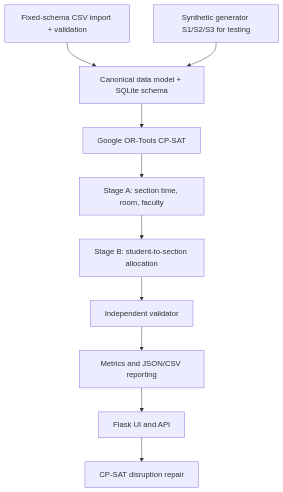
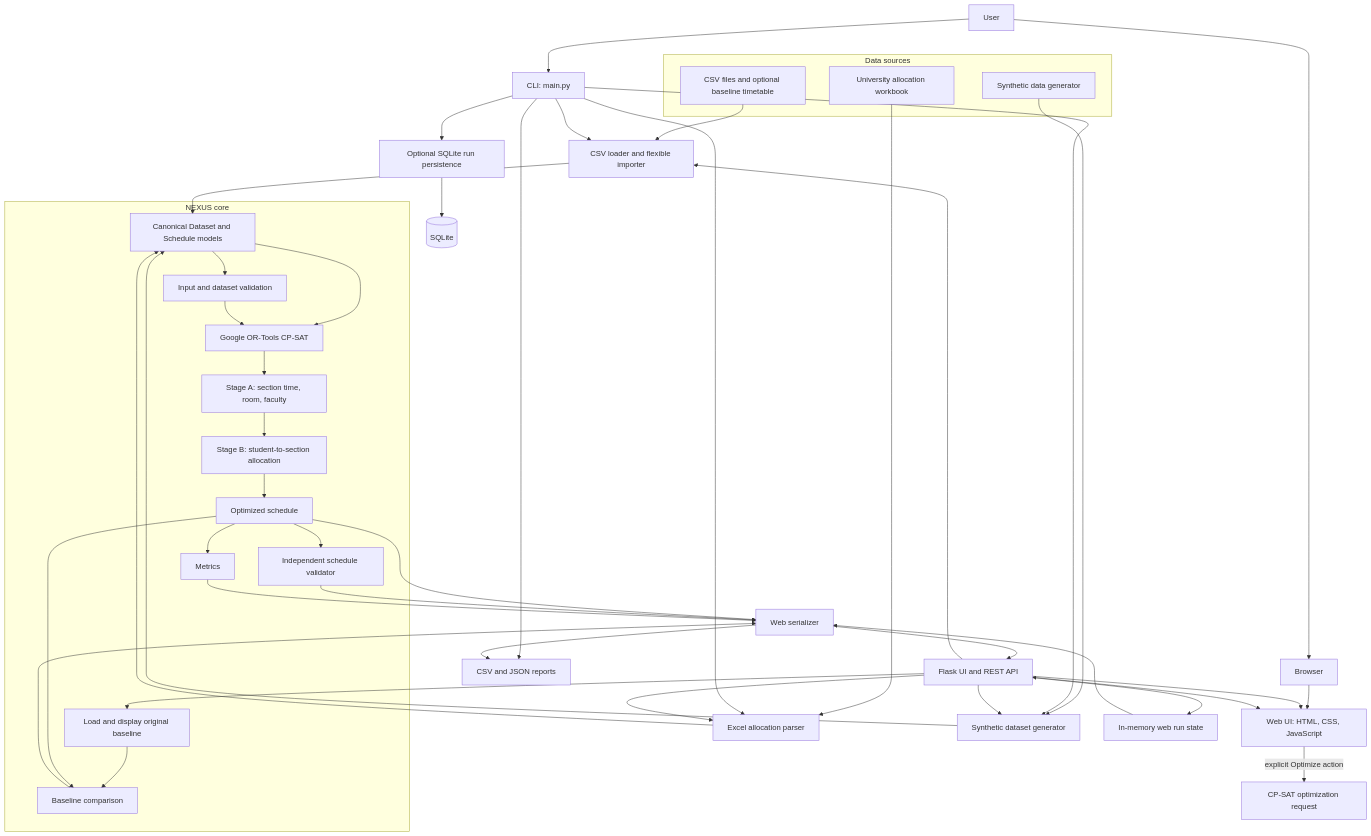
The first of 2 diagrams in docs/architecture.md (MaryamManzoor31/NEXUS), drawn with Mermaid before and after one commit. The commit also changed other lines of this file and 76 other files, not shown here.

First line of the commit message:
Add baseline-first CP-SAT timetable workflow

````diff
--- a/docs/architecture.md
+++ b/docs/architecture.md
@@ -2,12 +2,55 @@
 ```mermaid
 flowchart TD
-    A[Fixed-schema CSV import + validation] --> B[Canonical data model + SQLite schema]
-    G[Synthetic generator S1/S2/S3 for testing] --> B
-    B --> E[Google OR-Tools CP-SAT]
-    E --> EA[Stage A: section time, room, faculty]
-    EA --> EB[Stage B: student-to-section allocation]
-    EB --> F[Independent validator]
-    F --> M[Metrics and JSON/CSV reporting]
-    M --> H[Flask UI and API]
-    H --> J[CP-SAT disruption repair]
+    User[User] --> CLI[CLI: main.py]
+    User --> Browser[Browser]
+    Browser --> UI[Web UI: HTML, CSS, JavaScript]
+    UI <--> API[Flask UI and REST API]
+    API --> Original[Load and display original baseline]
+    UI -->|explicit Optimize action| Optimize[CP-SAT optimization request]
+
+    subgraph Inputs[Data sources]
+        CSV[CSV files and optional baseline timetable]
+        Excel[University allocation workbook]
+        Synthetic[Synthetic data generator]
+    end
+
+    CSV --> Import[CSV loader and flexible importer]
+    Excel --> Parser[Excel allocation parser]
+    Synthetic --> Generator[Synthetic dataset generator]
+    CLI --> Import
+    CLI --> Parser
+    CLI --> Generator
+    API --> Import
+    API --> Parser
+    API --> Generator
+    Import --> Model[Canonical Dataset and Schedule models]
+    Parser --> Model
+    Generator --> Model
+
+    subgraph Core[NEXUS core]
+        Model --> InputCheck[Input and dataset validation]
+        Model --> Solver[Google OR-Tools CP-SAT]
+        Solver --> StageA[Stage A: section time, room, faculty]
+        StageA --> StageB[Stage B: student-to-section allocation]
+        StageB --> Schedule[Optimized schedule]
+        Schedule --> Validator[Independent schedule validator]
+        Schedule --> Metrics[Metrics]
+    Original --> Compare[Baseline comparison]
+    Schedule --> Compare
+    end
+
+    InputCheck --> Solver
+    Schedule --> Serializer[Web serializer]
+    Validator --> Serializer
+    Metrics --> Serializer
+    Compare --> Serializer
+    Serializer --> API
+    API --> UI
+
+    CLI --> Persistence[Optional SQLite run persistence]
+    Persistence --> DB[(SQLite)]
+    API --> State[In-memory web run state]
+    State --> Serializer
+    CLI --> Reports[CSV and JSON reports]
+    Serializer --> Reports
 ```
````
